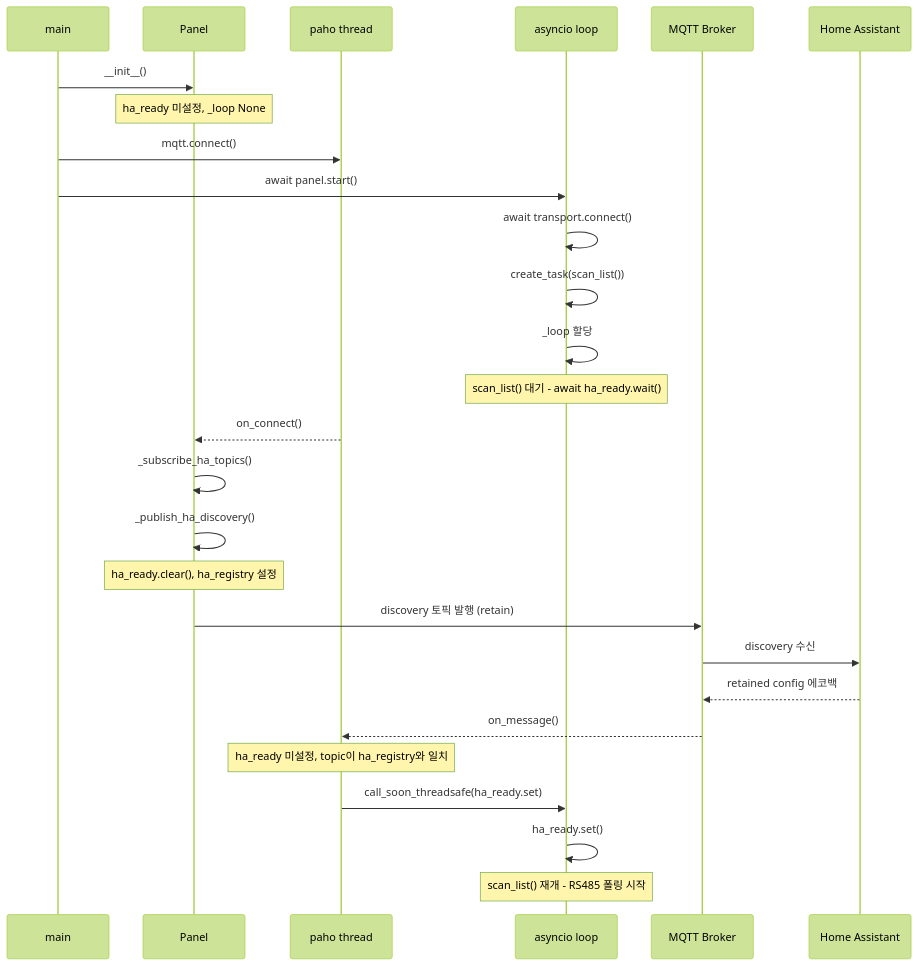
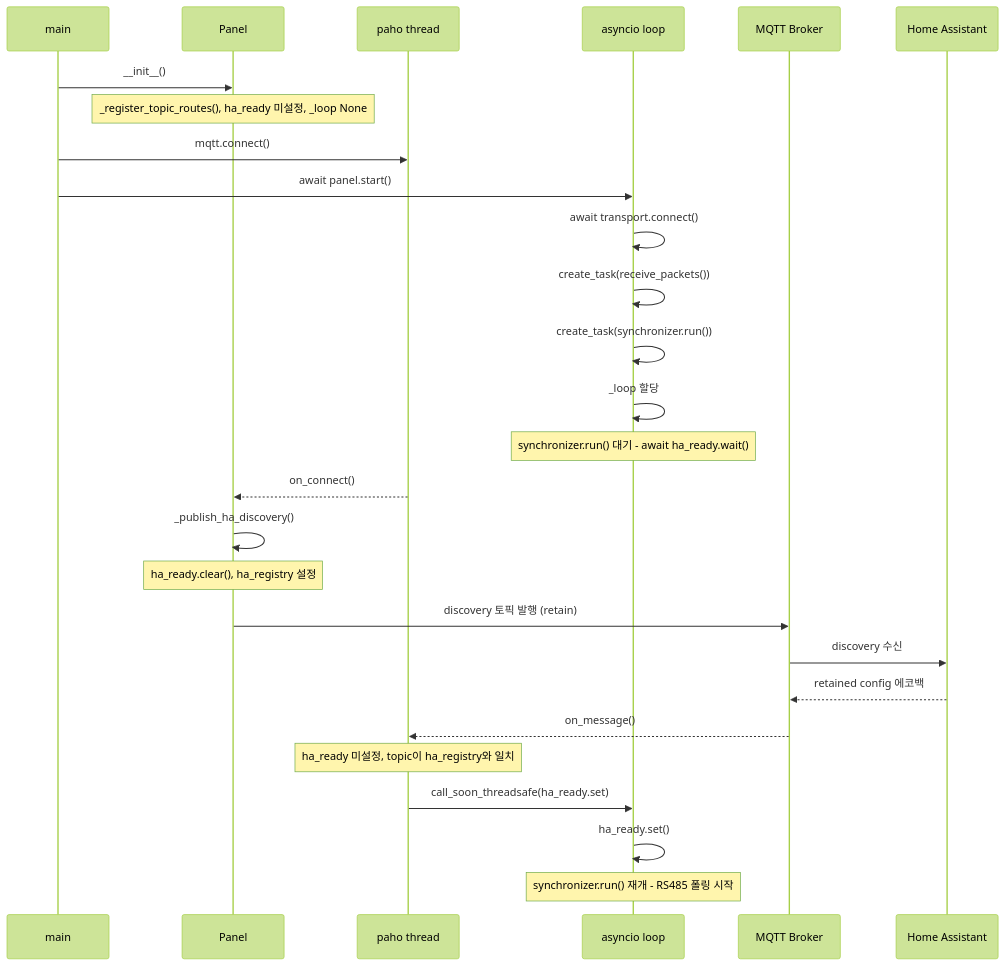
The first of 3 diagrams in docs/sequences.md (indielife/wallpad-mqtt-bridge), drawn with Mermaid (forest theme) before and after one commit. The commit also changed other lines of this file and 1 other file, not shown here.

First line of the commit message:
📝 docs(architecture): 코드 드리프트 정정 및 깨진 링크 수정 (#150)

````diff
--- a/docs/sequences.md
+++ b/docs/sequences.md
@@ -14,33 +14,33 @@
 ```mermaid
 sequenceDiagram
     participant main
     participant Panel
     participant paho as paho thread
     participant aloop as asyncio loop
     participant Broker as MQTT Broker
     participant HA as Home Assistant
 
     main->>Panel: __init__()
-    Note over Panel: ha_ready 미설정, _loop None
+    Note over Panel: _register_topic_routes(), ha_ready 미설정, _loop None
     main->>paho: mqtt.connect()
     main->>aloop: await panel.start()
     aloop->>aloop: await transport.connect()
-    aloop->>aloop: create_task(scan_list())
+    aloop->>aloop: create_task(receive_packets())
+    aloop->>aloop: create_task(synchronizer.run())
     aloop->>aloop: _loop 할당
-    Note over aloop: scan_list() 대기 - await ha_ready.wait()
+    Note over aloop: synchronizer.run() 대기 - await ha_ready.wait()
 
     paho-->>Panel: on_connect()
-    Panel->>Panel: _subscribe_ha_topics()
     Panel->>Panel: _publish_ha_discovery()
     Note over Panel: ha_ready.clear(), ha_registry 설정
     Panel->>Broker: discovery 토픽 발행 (retain)
     Broker->>HA: discovery 수신
 
     HA-->>Broker: retained config 에코백
     Broker-->>paho: on_message()
     Note over paho: ha_ready 미설정, topic이 ha_registry와 일치
 
     paho->>aloop: call_soon_threadsafe(ha_ready.set)
     aloop->>aloop: ha_ready.set()
-    Note over aloop: scan_list() 재개 - RS485 폴링 시작
+    Note over aloop: synchronizer.run() 재개 - RS485 폴링 시작
 ```
````
